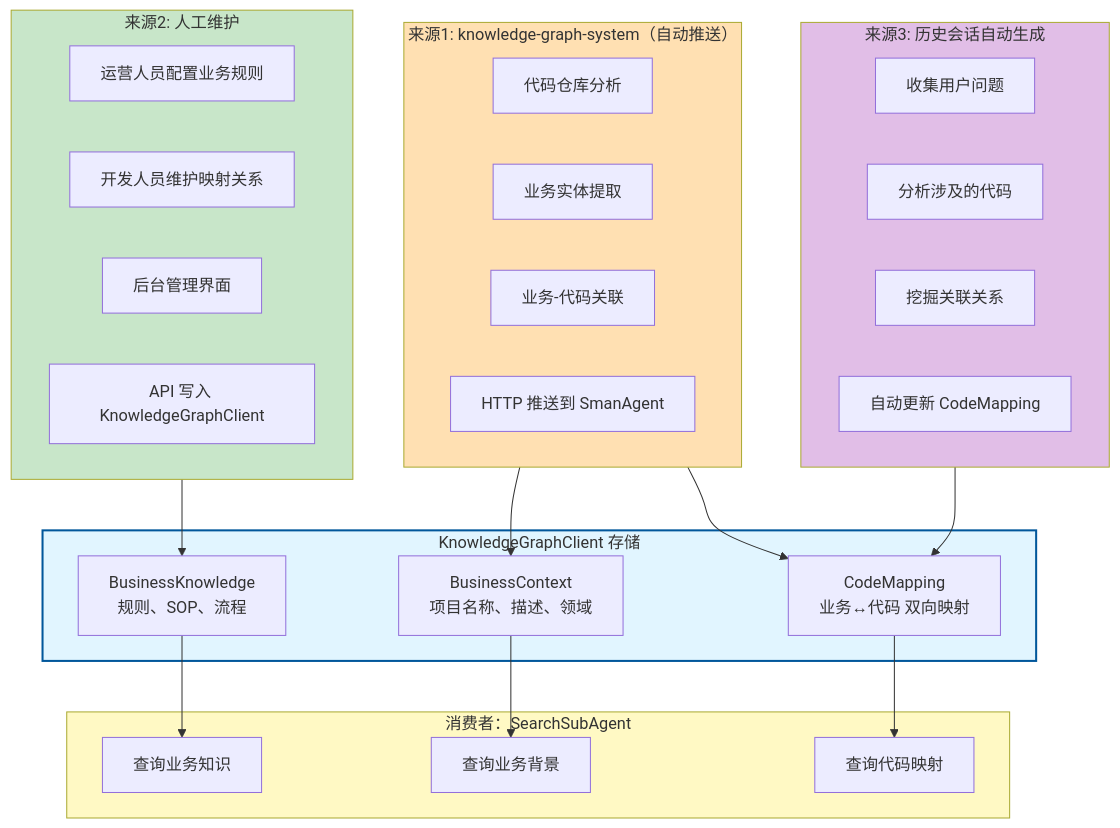
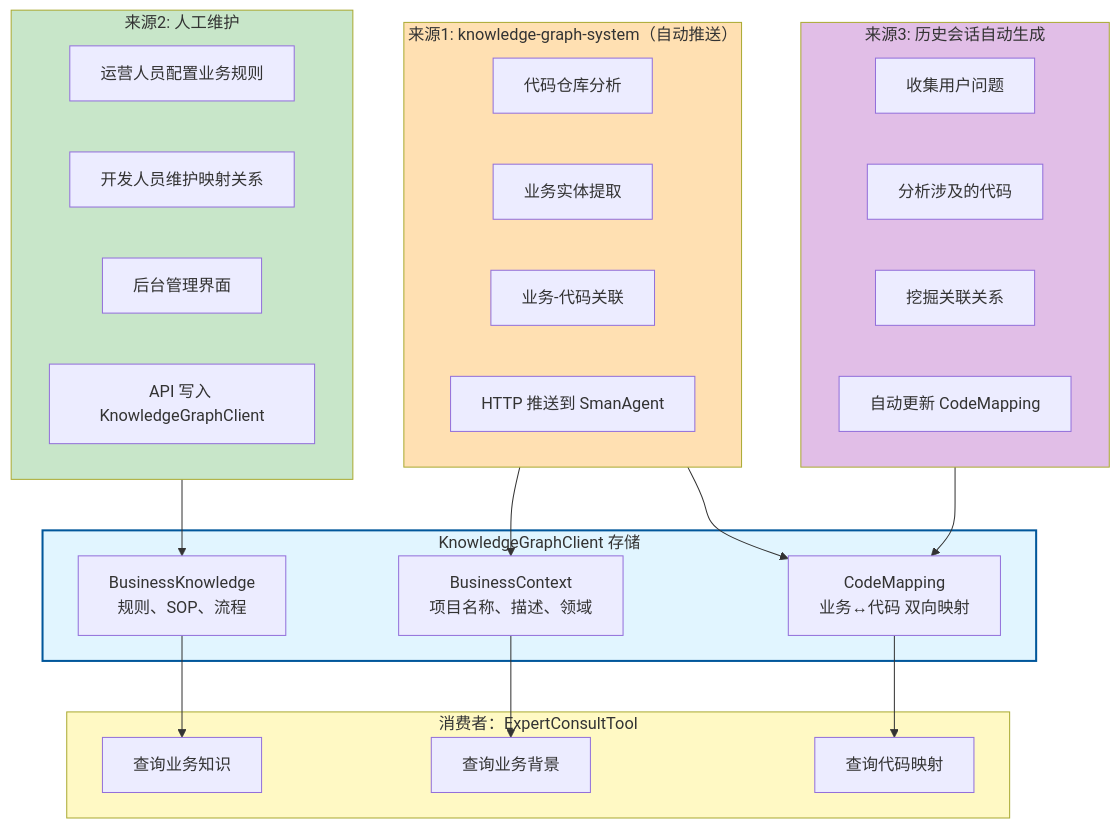
Before and after one commit to smancode/sman: the fourth of 6 diagrams in docs/architecture-flow.md, drawn with Mermaid. The commit also changed other lines of this file and 18 other files, not shown here.

````diff
--- a/docs/architecture-flow.md
+++ b/docs/architecture-flow.md
@@ -174,56 +174,56 @@
 ```mermaid
 flowchart TB
     subgraph Source1["来源1: knowledge-graph-system（自动推送）"]
         direction LR
         S1A["代码仓库分析"]
         S1B["业务实体提取"]
         S1C["业务-代码关联"]
         S1D["HTTP 推送到 SmanAgent"]
     end
 
     subgraph Source2["来源2: 人工维护"]
         direction LR
         S2A["运营人员配置业务规则"]
         S2B["开发人员维护映射关系"]
         S2C["后台管理界面"]
         S2D["API 写入 KnowledgeGraphClient"]
     end
 
     subgraph Source3["来源3: 历史会话自动生成"]
         direction LR
         S3A["收集用户问题"]
         S3B["分析涉及的代码"]
         S3C["挖掘关联关系"]
         S3D["自动更新 CodeMapping"]
     end
 
     subgraph Storage["KnowledgeGraphClient 存储"]
         ST1["BusinessContext<br/>项目名称、描述、领域"]
         ST2["BusinessKnowledge<br/>规则、SOP、流程"]
         ST3["CodeMapping<br/>业务↔代码 双向映射"]
     end
 
-    subgraph Consumer["消费者：SearchSubAgent"]
+    subgraph Consumer["消费者：ExpertConsultTool"]
         CS1["查询业务背景"]
         CS2["查询业务知识"]
         CS3["查询代码映射"]
     end
 
     %% 数据流向
     S1D --> ST1
     S1D --> ST3
 
     S2D --> ST2
 
     S3D --> ST3
 
     ST1 --> CS1
     ST2 --> CS2
     ST3 --> CS3
 
     style Source1 fill:#ffe0b2
     style Source2 fill:#c8e6c9
     style Source3 fill:#e1bee7
     style Storage fill:#e1f5ff,stroke:#01579b,stroke-width:2px
     style Consumer fill:#fff9c4
 ```
````
